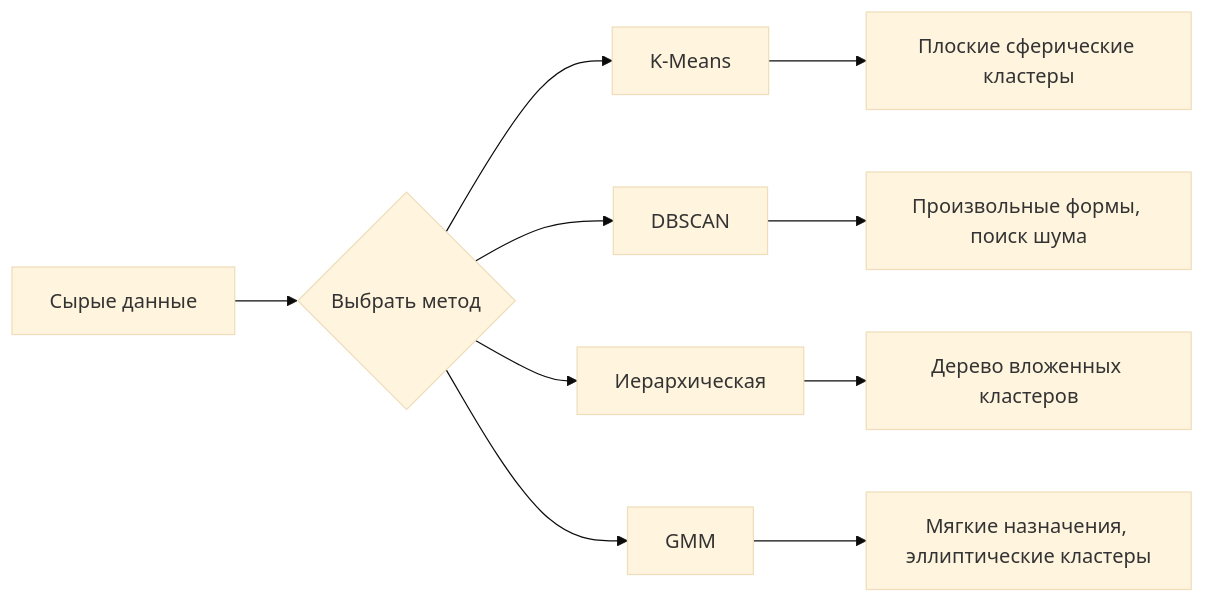
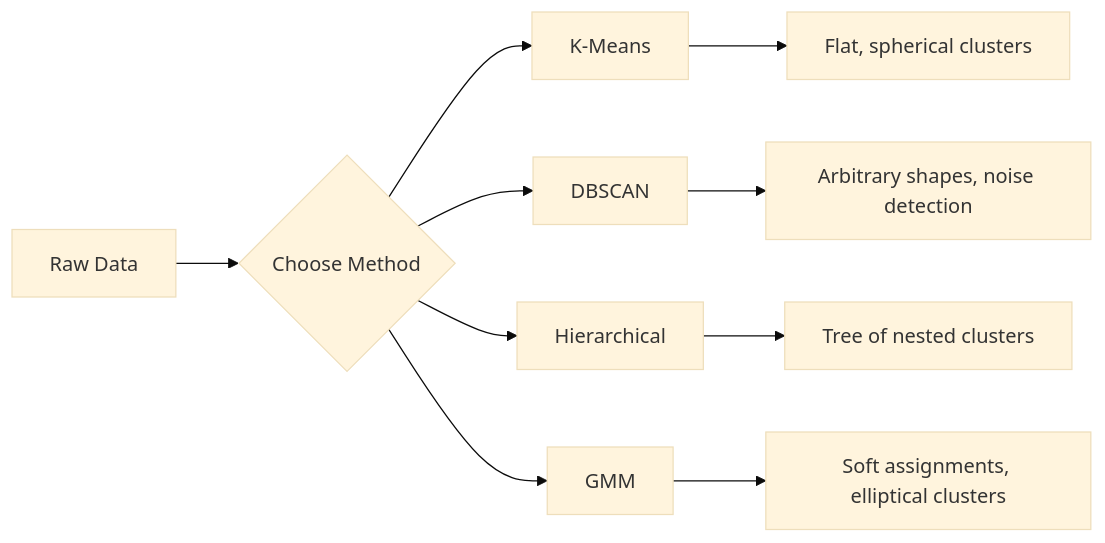
The diagram in phases/02-ml-fundamentals/07-unsupervised-learning/docs/ru.md (stabuev/ai-engineering-from-scratch), drawn with Mermaid (base theme) before and after one commit. The commit also changed 182 other files, not shown here.

````diff
--- a/phases/02-ml-fundamentals/07-unsupervised-learning/docs/ru.md
+++ b/phases/02-ml-fundamentals/07-unsupervised-learning/docs/ru.md
@@ -31,12 +31,12 @@
 ```mermaid
 flowchart LR
-    A[Сырые данные] --> B{Выбрать метод}
+    A[Raw Data] --> B{Choose Method}
     B --> C[K-Means]
     B --> D[DBSCAN]
-    B --> E[Иерархическая]
+    B --> E[Hierarchical]
     B --> F[GMM]
-    C --> G[Плоские сферические кластеры]
-    D --> H[Произвольные формы, поиск шума]
-    E --> I[Дерево вложенных кластеров]
-    F --> J[Мягкие назначения, эллиптические кластеры]
+    C --> G[Flat, spherical clusters]
+    D --> H[Arbitrary shapes, noise detection]
+    E --> I[Tree of nested clusters]
+    F --> J[Soft assignments, elliptical clusters]
 ```
````
